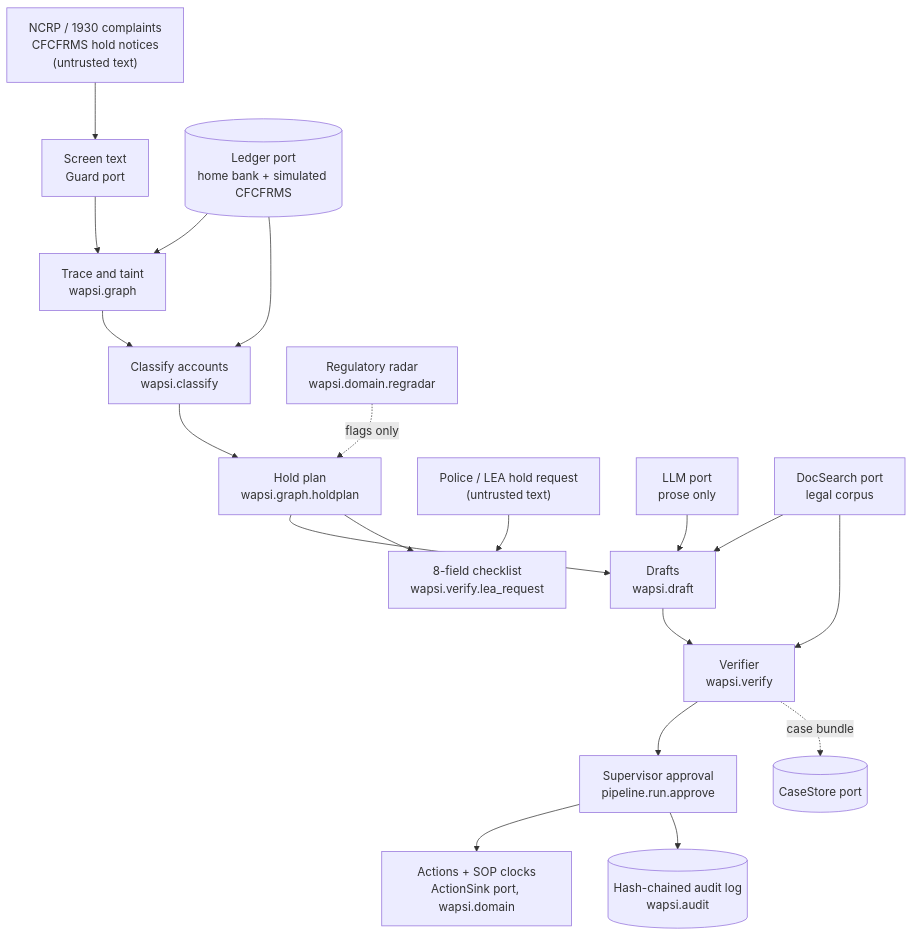
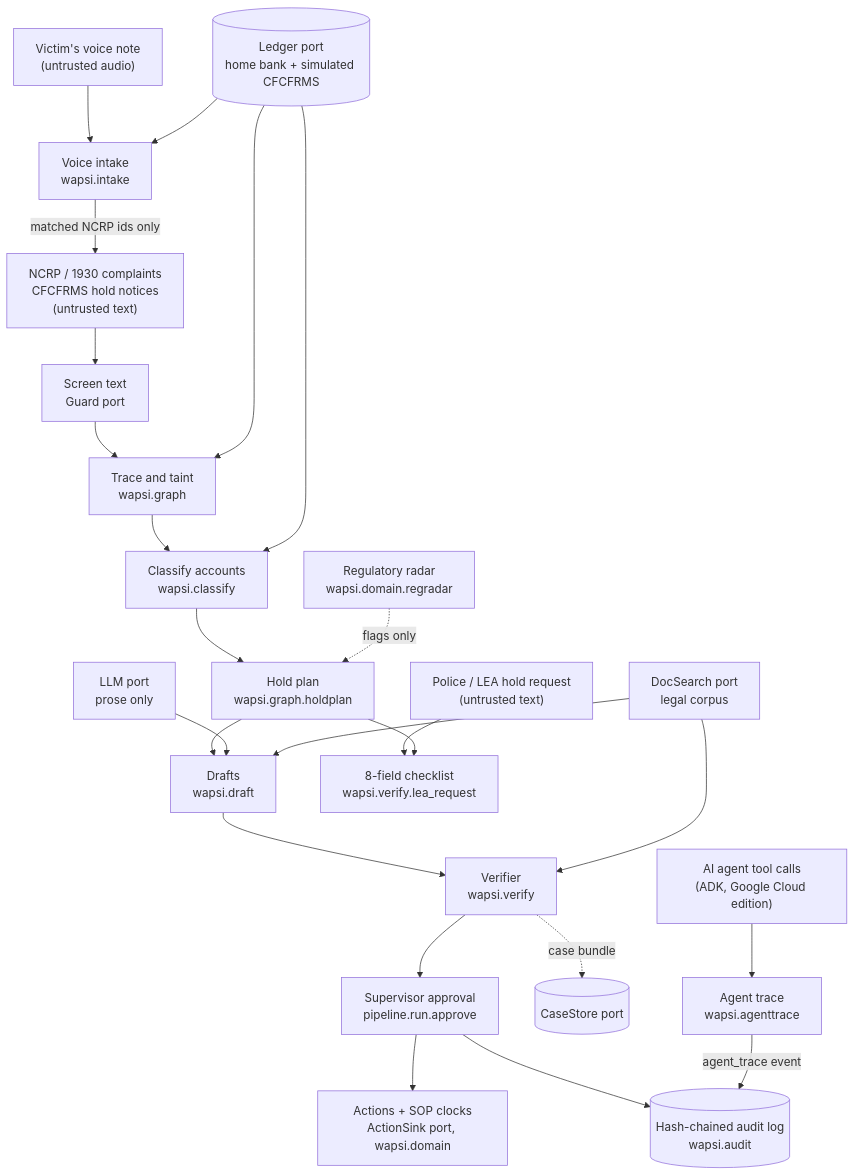
Before and after one commit to GODOSTROYER/wapsi: the first of 10 diagrams in docs/architecture.md, drawn with Mermaid. The commit also changed other lines of this file and 18 other files, not shown here.

Commit message:
WIP: docs for voice intake, agent trace, Firestore seal, AIBC pitch refresh (paused; not yet verified)

````diff
--- a/docs/architecture.md
+++ b/docs/architecture.md
@@ -37,21 +40,26 @@
 ```mermaid
 flowchart TB
+    VN["Victim's voice note<br/>(untrusted audio)"] --> VI["Voice intake<br/>wapsi.intake"]
+    VI -->|"matched NCRP ids only"| IN
     IN["NCRP / 1930 complaints<br/>CFCFRMS hold notices<br/>(untrusted text)"] --> SCR["Screen text<br/>Guard port"]
     SCR --> TR["Trace and taint<br/>wapsi.graph"]
     TR --> CL["Classify accounts<br/>wapsi.classify"]
     CL --> HP["Hold plan<br/>wapsi.graph.holdplan"]
     HP --> DR["Drafts<br/>wapsi.draft"]
     DR --> VE["Verifier<br/>wapsi.verify"]
     VE --> AP["Supervisor approval<br/>pipeline.run.approve"]
     AP --> OUT["Actions + SOP clocks<br/>ActionSink port, wapsi.domain"]
     AP --> AUD[("Hash-chained audit log<br/>wapsi.audit")]
     LEA["Police / LEA hold request<br/>(untrusted text)"] --> LC["8-field checklist<br/>wapsi.verify.lea_request"]
     HP --> LC
     RAD["Regulatory radar<br/>wapsi.domain.regradar"] -.->|"flags only"| HP
     LED[("Ledger port<br/>home bank + simulated CFCFRMS")] --> TR
     LED --> CL
     LLM["LLM port<br/>prose only"] --> DR
     DOCS["DocSearch port<br/>legal corpus"] --> DR
     DOCS --> VE
     VE -.->|"case bundle"| STORE[("CaseStore port")]
+    LED --> VI
+    AG["AI agent tool calls<br/>(ADK, Google Cloud edition)"] --> AT["Agent trace<br/>wapsi.agenttrace"]
+    AT -->|"agent_trace event"| AUD
 ```
````
